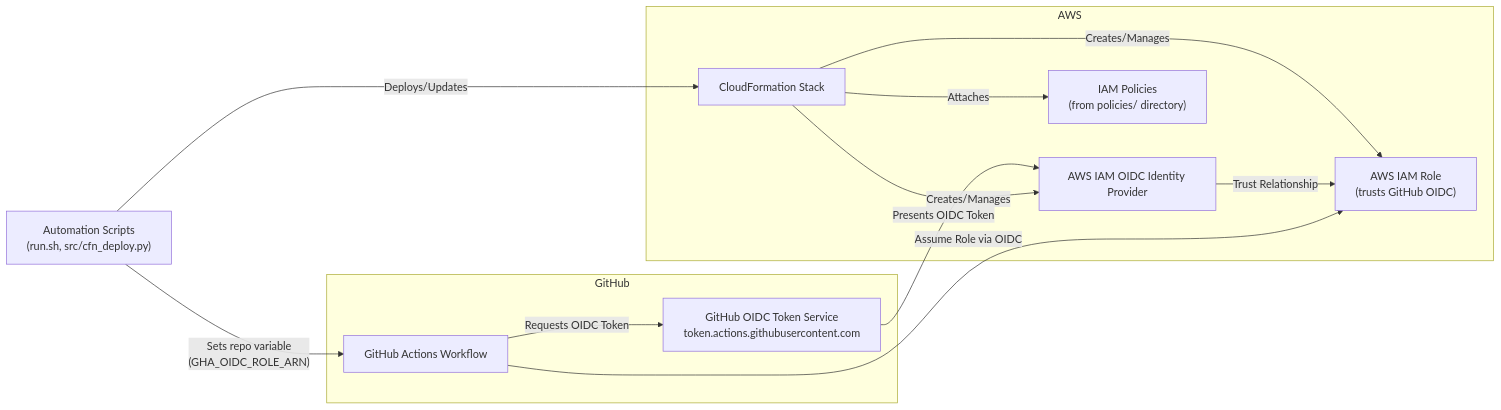
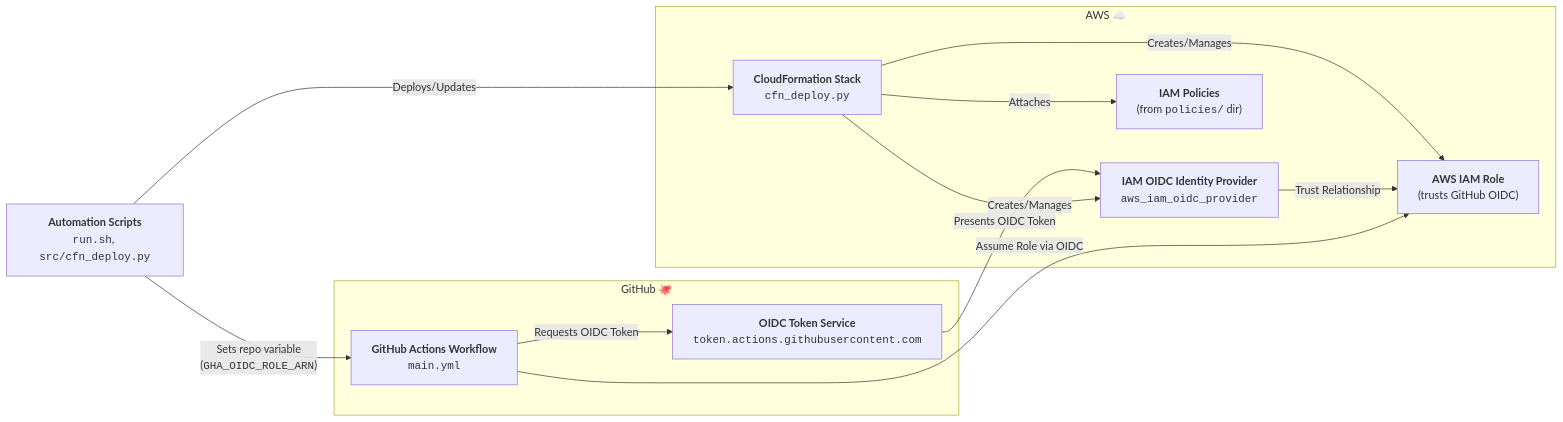
One commit to hideo0106/gha-aws-oidc-bootstrap changed the diagram in docs/architecture_diagrams.md. Above: the diagram before and after it, drawn with Mermaid. The commit also changed 1 other file, not shown here.

Commit message:
docs improve architecture diagram with icons, clear layering, and explicit labels for GitHub and AWS components

````diff
--- a/docs/architecture_diagrams.md
+++ b/docs/architecture_diagrams.md
@@ -24,31 +24,29 @@
 ```mermaid
 flowchart LR
-    subgraph GitHub
-        GH_Workflow["GitHub Actions Workflow"]
-        OIDC_Token["GitHub OIDC Token Service
-token.actions.githubusercontent.com"]
+    %% GitHub Layer
+    subgraph GH["GitHub 🐙"]
+        GH_Workflow["<b>GitHub Actions Workflow</b>\n<code>main.yml</code>"]
+        OIDC_Token["<b>OIDC Token Service</b>\n<code>token.actions.githubusercontent.com</code>"]
     end
 
-    subgraph AWS
-        OIDC_Provider["AWS IAM OIDC Identity Provider"]
-        CFN_Stack["CloudFormation Stack"]
-        IAM_Role["AWS IAM Role
-(trusts GitHub OIDC)"]
-        IAM_Policies["IAM Policies
-(from policies/ directory)"]
+    %% AWS Layer
+    subgraph AWS["AWS ☁️"]
+        OIDC_Provider["<b>IAM OIDC Identity Provider</b>\n<code>aws_iam_oidc_provider</code>"]
+        CFN_Stack["<b>CloudFormation Stack</b>\n<code>cfn_deploy.py</code>"]
+        IAM_Role["<b>AWS IAM Role</b>\n(trusts GitHub OIDC)"]
+        IAM_Policies["<b>IAM Policies</b>\n(from <code>policies/</code> dir)"]
     end
 
-    Automation["Automation Scripts
-(run.sh, src/cfn_deploy.py)"]
+    Automation["<b>Automation Scripts</b>\n<code>run.sh</code>, <code>src/cfn_deploy.py</code>"]
 
+    %% Flows
     GH_Workflow -- "Requests OIDC Token" --> OIDC_Token
     OIDC_Token -- "Presents OIDC Token" --> OIDC_Provider
     Automation -- "Deploys/Updates" --> CFN_Stack
     CFN_Stack -- "Creates/Manages" --> OIDC_Provider
     CFN_Stack -- "Creates/Manages" --> IAM_Role
     CFN_Stack -- "Attaches" --> IAM_Policies
     OIDC_Provider -- "Trust Relationship" --> IAM_Role
     GH_Workflow -- "Assume Role via OIDC" --> IAM_Role
-    Automation -- "Sets repo variable
-(GHA_OIDC_ROLE_ARN)" --> GH_Workflow
+    Automation -- "Sets repo variable\n(<code>GHA_OIDC_ROLE_ARN</code>)" --> GH_Workflow
 ```
````
